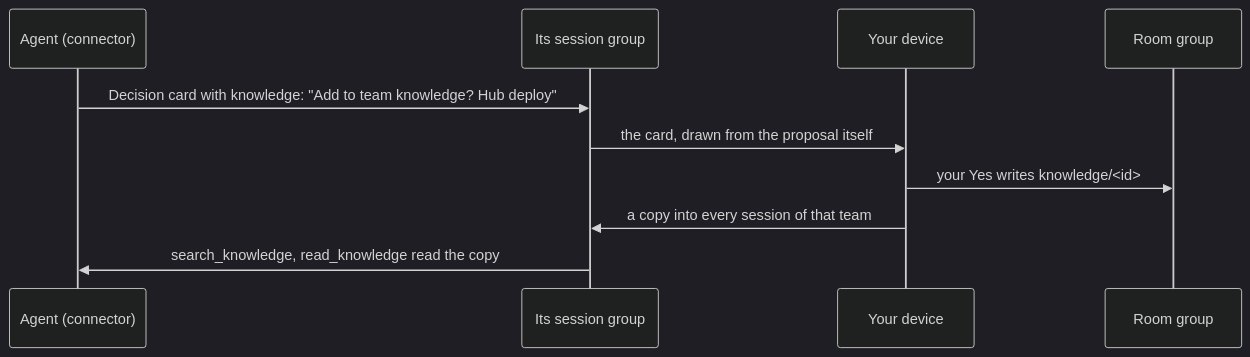
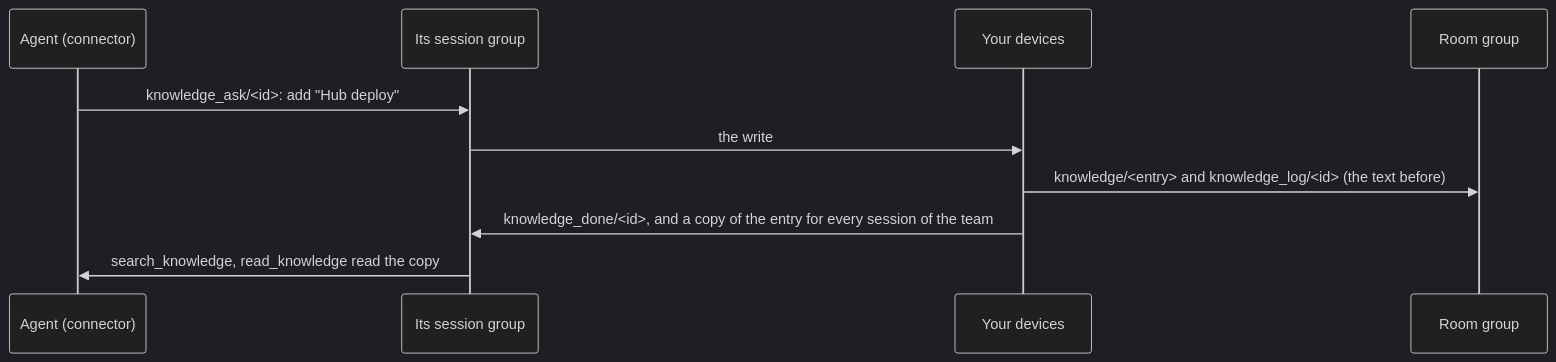
One commit to chriopter/trommi changed the seventh of 8 diagrams in README.md. Above: the diagram before and after it, drawn with Mermaid (dark theme). The commit also changed other lines of this file and 55 other files, not shown here.

Commit message:
2026-10-18-15: New: team knowledge runs on its own (agents write without asking; history, undo, new marks, kinds) (#370)

````diff
--- a/README.md
+++ b/README.md
@@ -434,12 +436,12 @@
 ```mermaid
 sequenceDiagram
   participant A as Agent (connector)
   participant S as Its session group
-  participant Y as Your device
+  participant Y as Your devices
   participant R as Room group
-  A->>S: Decision card with knowledge: "Add to team knowledge? Hub deploy"
-  S->>Y: the card, drawn from the proposal itself
-  Y->>R: your Yes writes knowledge/<id>
-  Y->>S: a copy into every session of that team
+  A->>S: knowledge_ask/<id>: add "Hub deploy"
+  S->>Y: the write
+  Y->>R: knowledge/<entry> and knowledge_log/<id> (the text before)
+  Y->>S: knowledge_done/<id>, and a copy of the entry for every session of the team
   S->>A: search_knowledge, read_knowledge read the copy
 ```
````
